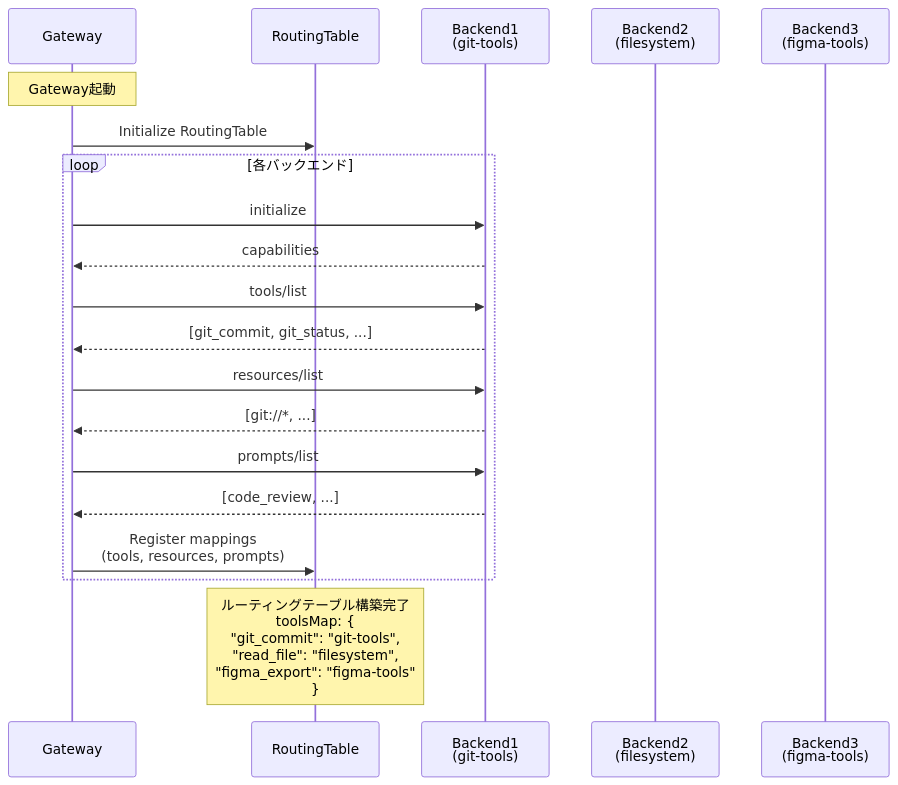
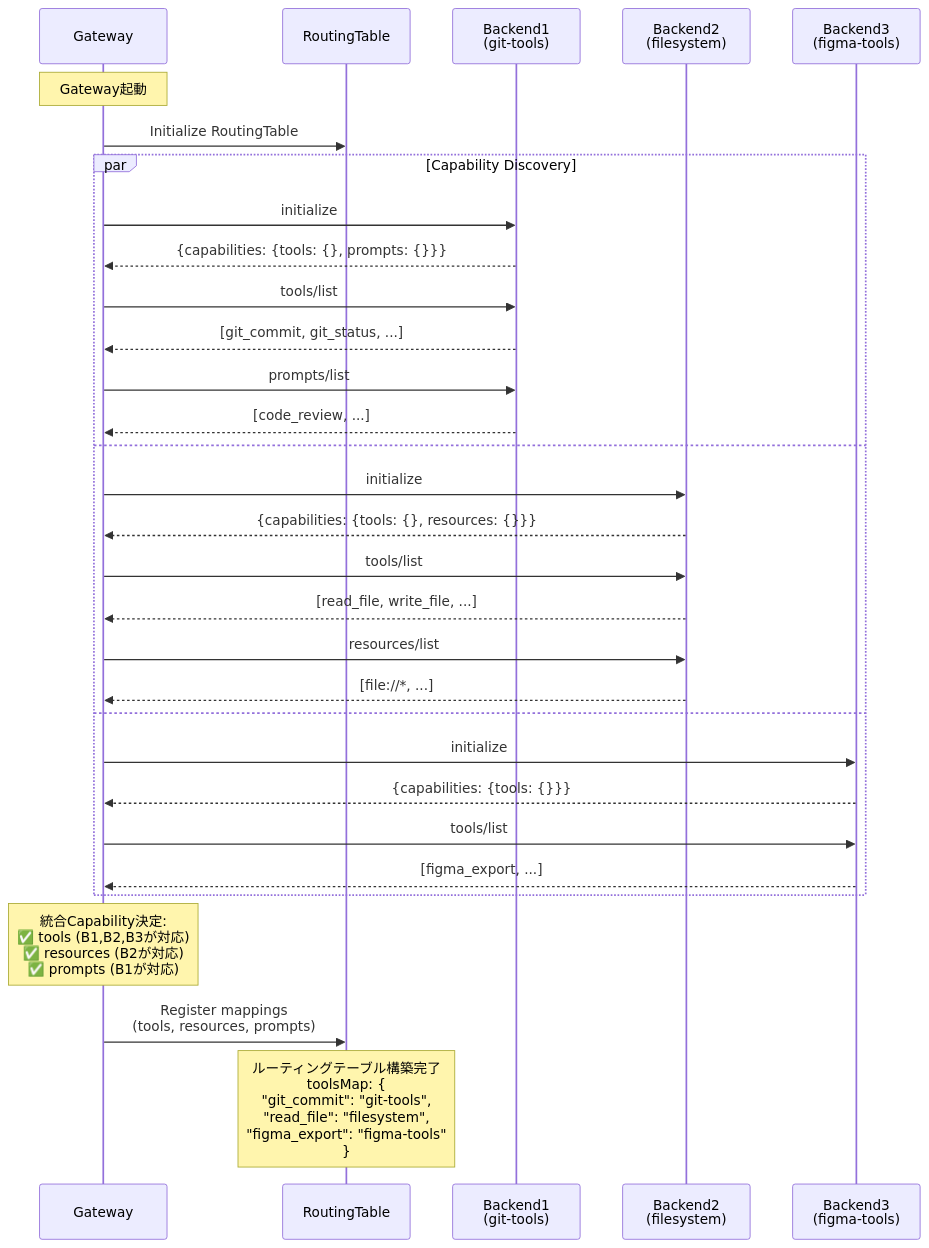
Before and after one commit to takutakahashi/awesome-mcp-proxy: the first of 8 diagrams in docs/sequence-diagram.md, drawn with Mermaid. The commit also changed other lines of this file and 1 other file, not shown here.

First line of the commit message:
feat: Implement meta-tool architecture for MCP Gateway

````diff
--- a/docs/sequence-diagram.md
+++ b/docs/sequence-diagram.md
@@ -5,29 +5,43 @@
 ```mermaid
 sequenceDiagram
     participant GW as Gateway
     participant RT as RoutingTable
     participant B1 as Backend1<br/>(git-tools)
     participant B2 as Backend2<br/>(filesystem)
     participant B3 as Backend3<br/>(figma-tools)
 
     Note over GW: Gateway起動
     GW->>RT: Initialize RoutingTable
     
-    loop 各バックエンド
+    par Capability Discovery
         GW->>B1: initialize
-        B1-->>GW: capabilities
+        B1-->>GW: {capabilities: {tools: {}, prompts: {}}}
         
         GW->>B1: tools/list
         B1-->>GW: [git_commit, git_status, ...]
         
-        GW->>B1: resources/list
-        B1-->>GW: [git://*, ...]
-        
         GW->>B1: prompts/list
         B1-->>GW: [code_review, ...]
+    and
+        GW->>B2: initialize
+        B2-->>GW: {capabilities: {tools: {}, resources: {}}}
         
-        GW->>RT: Register mappings<br/>(tools, resources, prompts)
+        GW->>B2: tools/list
+        B2-->>GW: [read_file, write_file, ...]
+        
+        GW->>B2: resources/list
+        B2-->>GW: [file://*, ...]
+    and
+        GW->>B3: initialize
+        B3-->>GW: {capabilities: {tools: {}}}
+        
+        GW->>B3: tools/list
+        B3-->>GW: [figma_export, ...]
     end
+    
+    Note over GW: 統合Capability決定:<br/>✅ tools (B1,B2,B3が対応)<br/>✅ resources (B2が対応)<br/>✅ prompts (B1が対応)
+    
+    GW->>RT: Register mappings<br/>(tools, resources, prompts)
     
     Note over RT: ルーティングテーブル構築完了<br/>toolsMap: {<br/>  "git_commit": "git-tools",<br/>  "read_file": "filesystem",<br/>  "figma_export": "figma-tools"<br/>}
 ```
````
